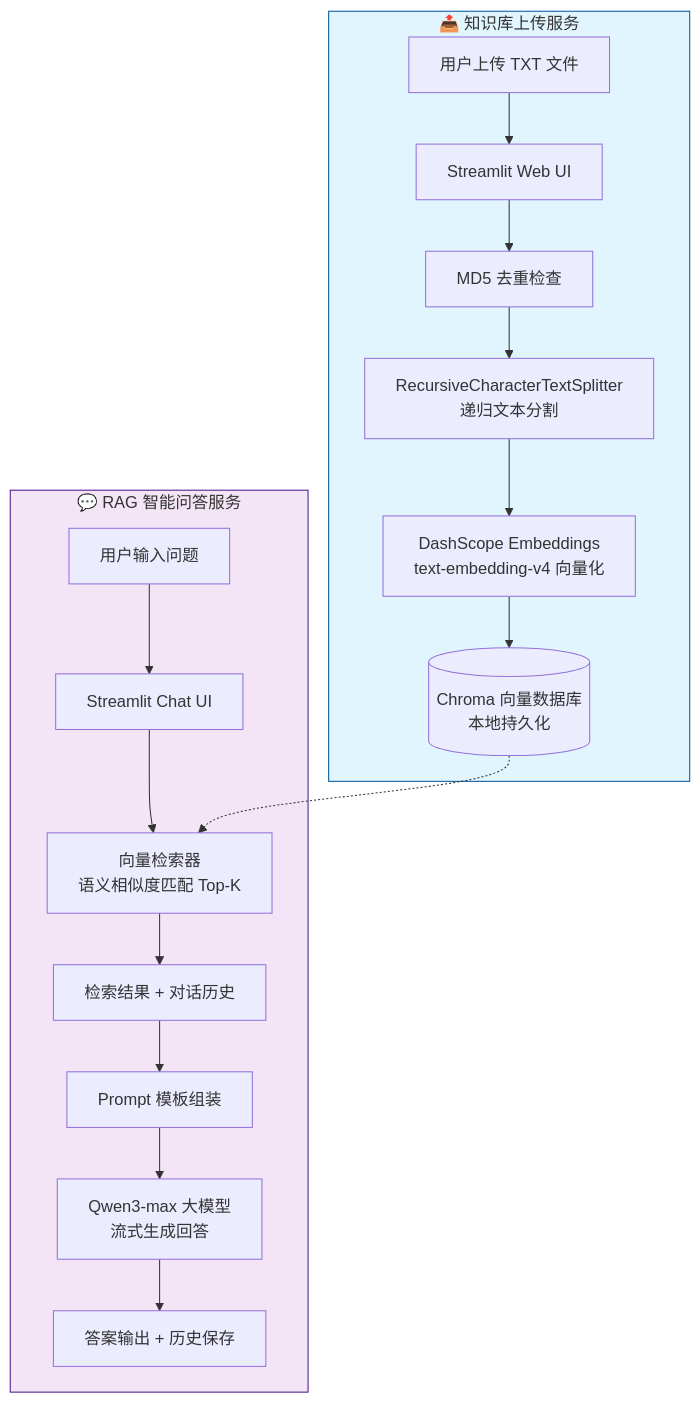
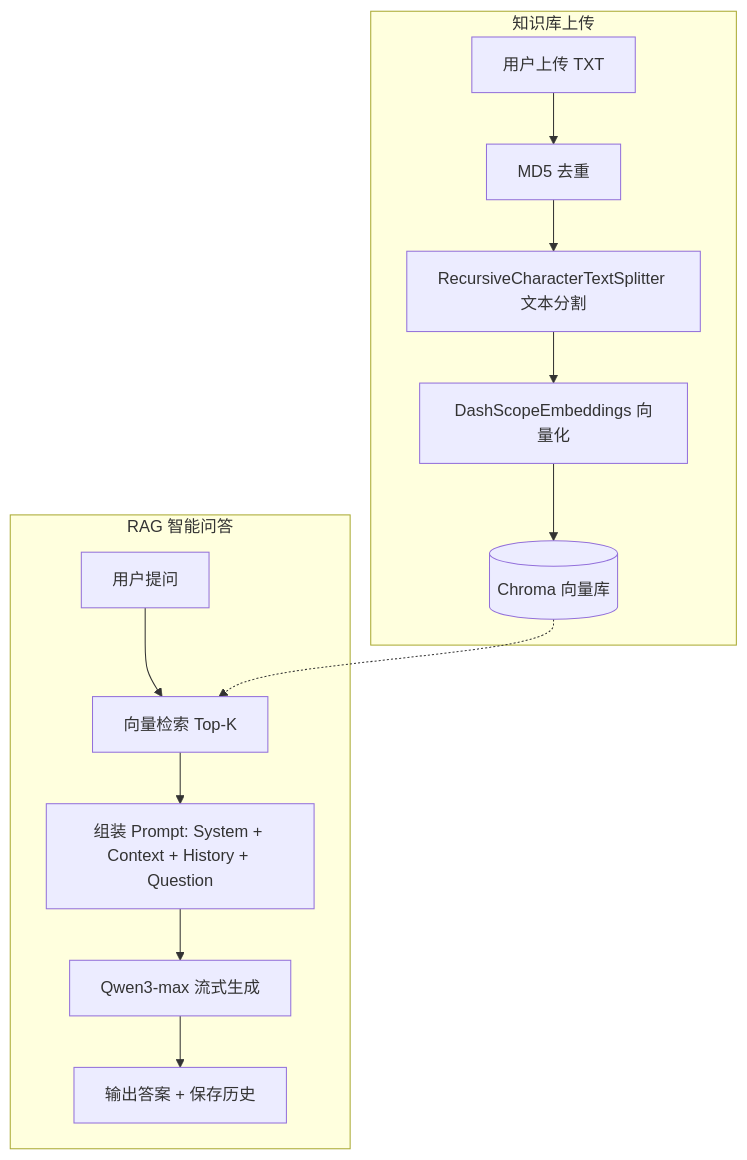
One commit to liyeaii/KnowledgeBase-RAG-LLM-System changed the first of 2 diagrams in README.md. Above: the diagram before and after it, drawn with Mermaid. The commit also changed other lines of this file, not shown here.

````diff
--- a/README.md
+++ b/README.md
@@ -28,24 +17,18 @@
 ```mermaid
 flowchart TB
-    subgraph Upload["📤 知识库上传服务"]
-        A[用户上传 TXT 文件] --> B[Streamlit Web UI]
-        B --> C[MD5 去重检查]
-        C --> D[RecursiveCharacterTextSplitter<br/>递归文本分割]
-        D --> E[DashScope Embeddings<br/>text-embedding-v4 向量化]
-        E --> F[(Chroma 向量数据库<br/>本地持久化)]
+    subgraph Upload["知识库上传"]
+        A[用户上传 TXT] --> B[MD5 去重]
+        B --> C[RecursiveCharacterTextSplitter 文本分割]
+        C --> D[DashScopeEmbeddings 向量化]
+        D --> E[(Chroma 向量库)]
     end
 
-    subgraph Chat["💬 RAG 智能问答服务"]
-        G[用户输入问题] --> H[Streamlit Chat UI]
-        H --> I[向量检索器<br/>语义相似度匹配 Top-K]
-        I --> J[检索结果 + 对话历史]
-        J --> K[Prompt 模板组装]
-        K --> L[Qwen3-max 大模型<br/>流式生成回答]
-        L --> M[答案输出 + 历史保存]
+    subgraph Chat["RAG 智能问答"]
+        F[用户提问] --> G[向量检索 Top-K]
+        G --> H[组装 Prompt: System + Context + History + Question]
+        H --> I[Qwen3-max 流式生成]
+        I --> J[输出答案 + 保存历史]
     end
 
-    F -.-> I
-
-    style Upload fill:#e1f5fe,stroke:#01579b
-    style Chat fill:#f3e5f5,stroke:#4a148c
+    E -.-> G
 ```
````
